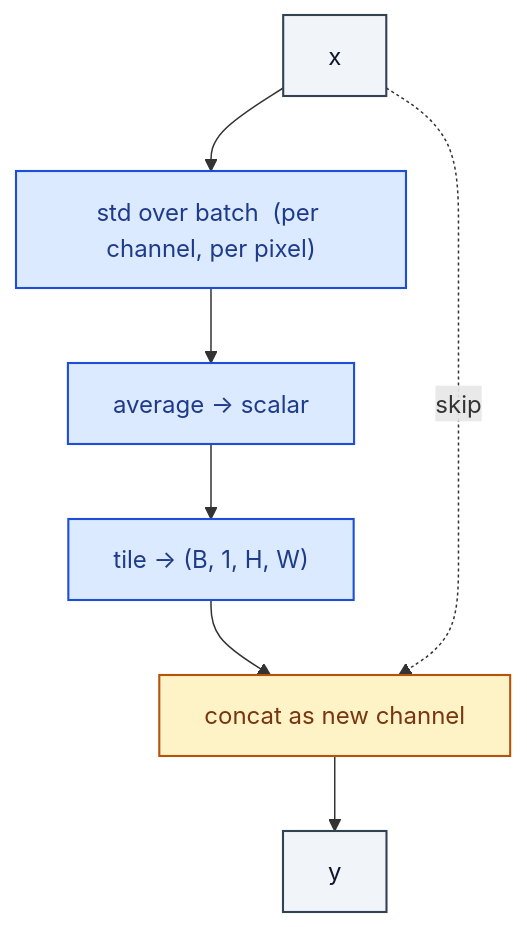
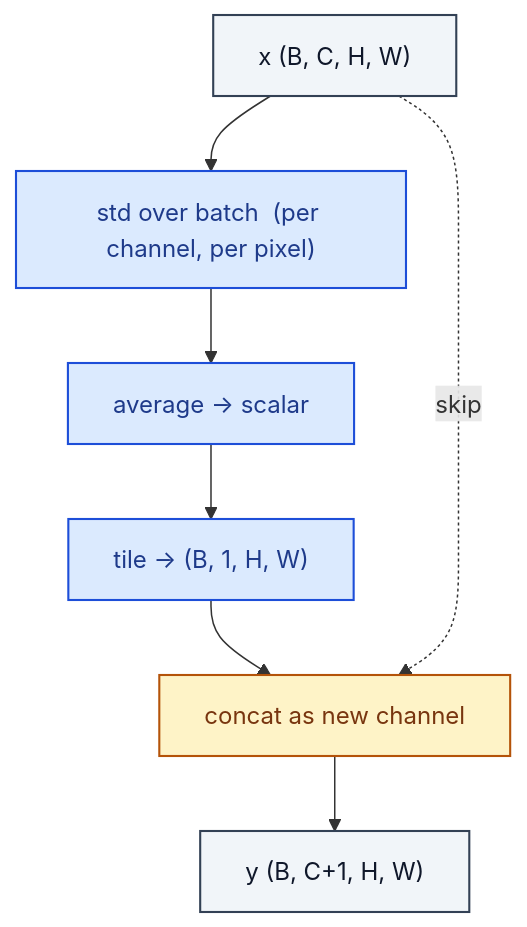
The diagram in gan/MinibatchStdDev.md (RealityShifts/Srivastava-book-of-Blocks-diagrams), drawn with Mermaid before and after one commit. The commit also changed 123 other files, not shown here.

````diff
--- a/gan/MinibatchStdDev.md
+++ b/gan/MinibatchStdDev.md
@@ -7,24 +7,25 @@
 ```mermaid
 flowchart TD
-    n0_0["x"]:::io
+    n0_0["x  (B, C, H, W)"]:::io
     n1_0["std over batch  (per channel, per pixel)"]:::op
     n2_0["average → scalar"]:::op
     n3_0["tile → (B, 1, H, W)"]:::op
     n4_0["concat as new channel"]:::merge
-    n5_0["y"]:::io
+    n5_0["y  (B, C+1, H, W)"]:::io
     n0_0 --> n1_0
     n1_0 --> n2_0
     n2_0 --> n3_0
     n3_0 --> n4_0
     n4_0 --> n5_0
     n0_0 -. skip .-> n4_0
     classDef io fill:#f1f5f9,stroke:#334155,stroke-width:1.4px,color:#0f172a
     classDef op fill:#dbeafe,stroke:#1d4ed8,stroke-width:1.4px,color:#1e3a8a
     classDef norm fill:#dcfce7,stroke:#15803d,stroke-width:1.4px,color:#14532d
     classDef act fill:#ffedd5,stroke:#c2410c,stroke-width:1.4px,color:#7c2d12
     classDef attn fill:#ede9fe,stroke:#6d28d9,stroke-width:1.4px,color:#4c1d95
     classDef merge fill:#fef3c7,stroke:#b45309,stroke-width:1.4px,color:#78350f
     classDef emb fill:#fef9c3,stroke:#a16207,stroke-width:1.4px,color:#713f12
     classDef loss fill:#fee2e2,stroke:#b91c1c,stroke-width:1.4px,color:#7f1d1d
     classDef ctrl fill:#f5f5f4,stroke:#52525b,stroke-width:1.4px,color:#27272a
+    classDef ref fill:#e0f2fe,stroke:#0369a1,stroke-width:2px,color:#0c4a6e,stroke-dasharray: 4 2
 ```
````
